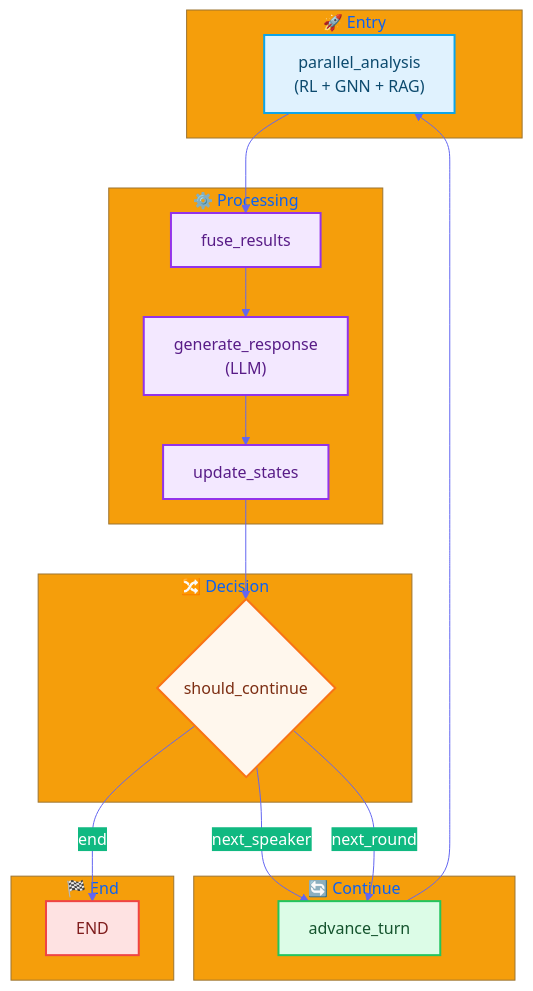
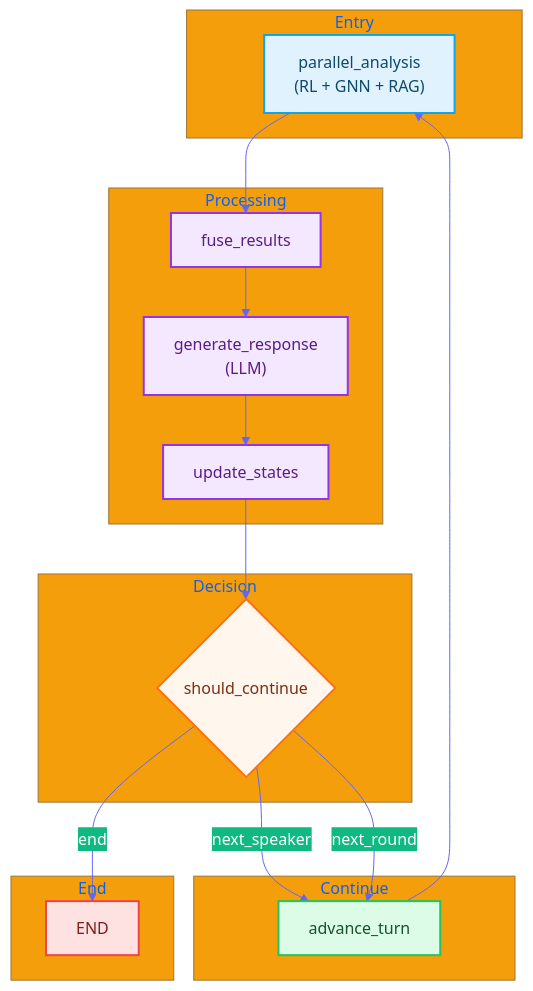
One commit to AluminumShark/Social-Debate-AI changed the first of 4 diagrams in docs/architecture/LANGGRAPH.md. Above: the diagram before and after it, drawn with Mermaid. The commit also changed other lines of this file and 32 other files, not shown here.

````diff
--- a/docs/architecture/LANGGRAPH.md
+++ b/docs/architecture/LANGGRAPH.md
@@ -28,38 +28,38 @@
 ```mermaid
 %%{init: {'theme': 'base', 'themeVariables': { 'primaryColor': '#4f46e5', 'primaryTextColor': '#fff', 'primaryBorderColor': '#4338ca', 'lineColor': '#6366f1', 'secondaryColor': '#10b981', 'tertiaryColor': '#f59e0b'}}}%%
 flowchart TB
     %% Styles
     classDef entry fill:#e0f2fe,stroke:#0ea5e9,stroke-width:2px,color:#0c4a6e;
     classDef process fill:#f3e8ff,stroke:#9333ea,stroke-width:2px,color:#581c87;
     classDef decision fill:#fff7ed,stroke:#f97316,stroke-width:2px,color:#7c2d12;
     classDef continue fill:#dcfce7,stroke:#22c55e,stroke-width:2px,color:#14532d;
     classDef endNode fill:#fee2e2,stroke:#ef4444,stroke-width:2px,color:#7f1d1d;
 
-    subgraph Entry["🚀 Entry"]
+    subgraph Entry[" Entry"]
         PA["parallel_analysis<br/>(RL + GNN + RAG)"]:::entry
     end
 
-    subgraph Process["⚙️ Processing"]
+    subgraph Process[" Processing"]
         FR["fuse_results"]:::process
         GR["generate_response<br/>(LLM)"]:::process
         US["update_states"]:::process
     end
 
-    subgraph Decision["🔀 Decision"]
+    subgraph Decision[" Decision"]
         SC{"should_continue"}:::decision
     end
 
-    subgraph Continue["🔄 Continue"]
+    subgraph Continue[" Continue"]
         AT["advance_turn"]:::continue
     end
 
-    subgraph End["🏁 End"]
+    subgraph End[" End"]
         E["END"]:::endNode
     end
 
     PA --> FR --> GR --> US --> SC
     SC -->|next_speaker| AT
     SC -->|next_round| AT
     SC -->|end| E
     AT --> PA
 ```
````
